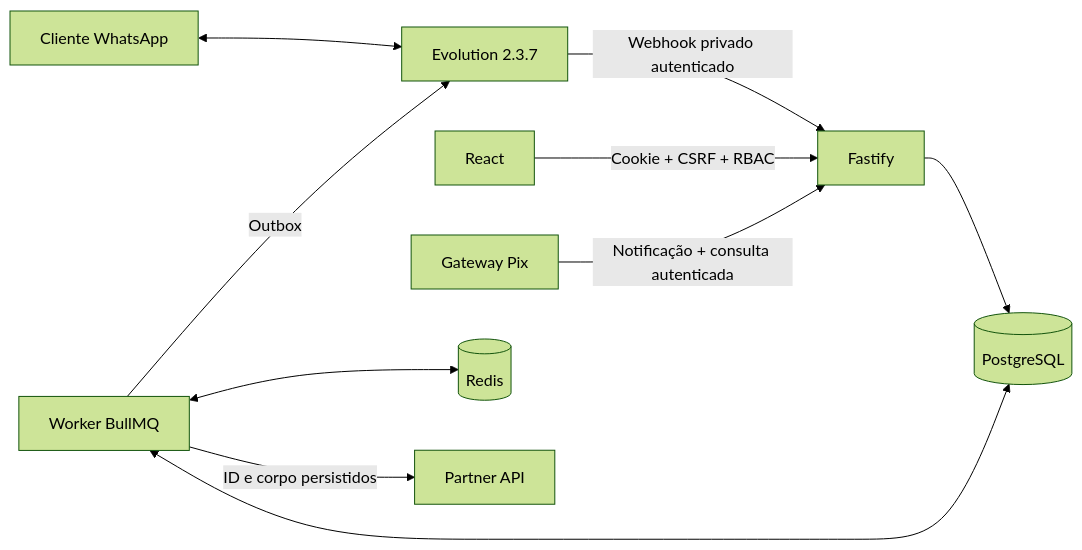
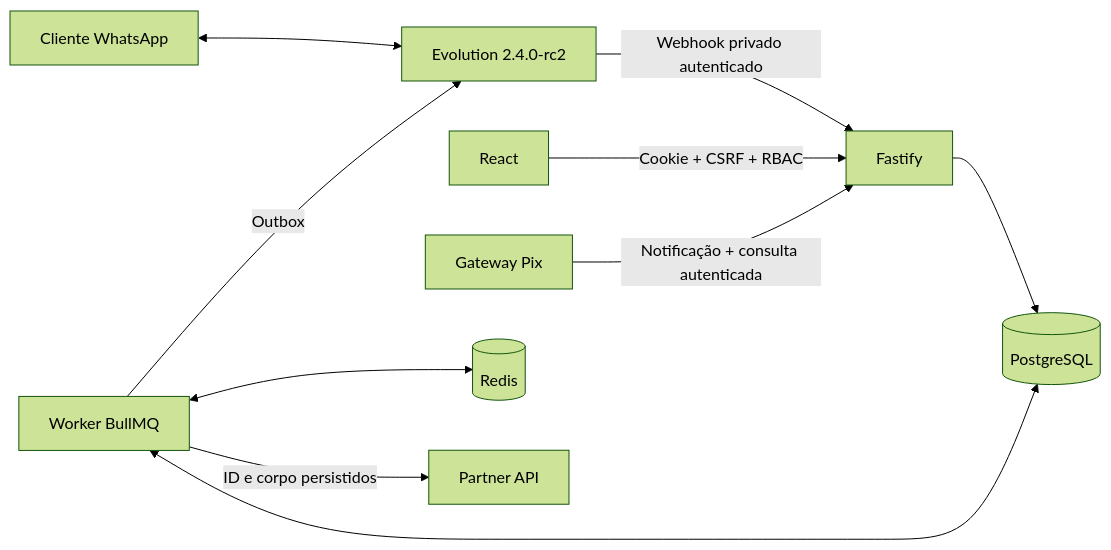
One commit to gilprodz69-lgtm/revenda-whatsapp changed the first of 2 diagrams in docs/ARQUITETURA.md. Above: the diagram before and after it, drawn with Mermaid (forest theme). The commit also changed 17 other files, not shown here.

````diff
--- a/docs/ARQUITETURA.md
+++ b/docs/ARQUITETURA.md
@@ -9,12 +9,12 @@
 ```mermaid
 flowchart LR
-  Cliente[Cliente WhatsApp] <--> Evolution[Evolution 2.3.7]
+  Cliente[Cliente WhatsApp] <--> Evolution[Evolution 2.4.0-rc2]
   Evolution -->|Webhook privado autenticado| API[Fastify]
   Painel[React] -->|Cookie + CSRF + RBAC| API
   Gateway[Gateway Pix] -->|Notificação + consulta autenticada| API
   API --> DB[(PostgreSQL)]
   Worker[Worker BullMQ] <--> DB
   Worker <--> Redis[(Redis)]
   Worker -->|ID e corpo persistidos| Partner[Partner API]
   Worker -->|Outbox| Evolution
 ```
````
